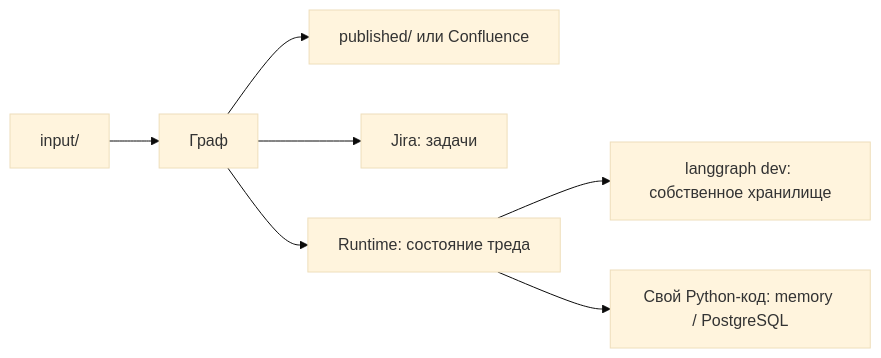
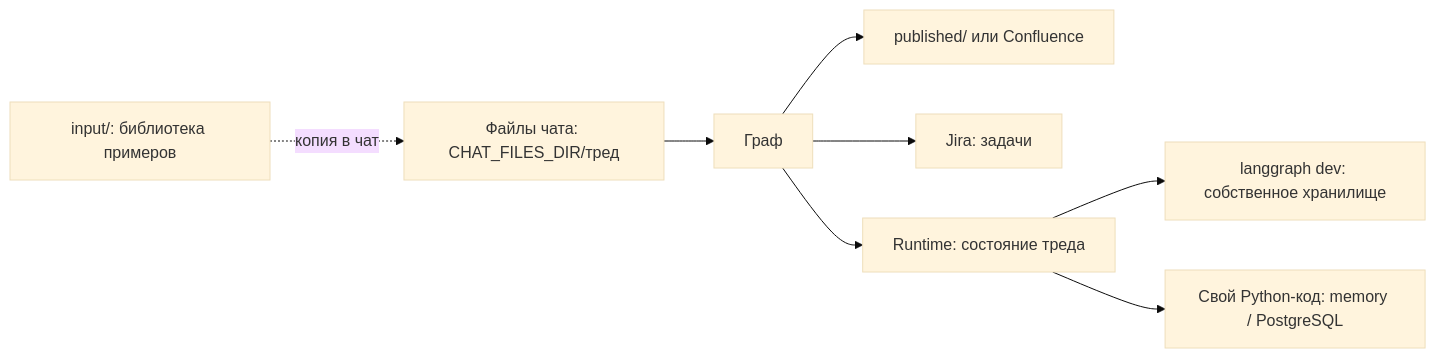
The fourth of 4 diagrams in docs/ARCHITECTURE.md (IST0VE/orbita-agent), drawn with Mermaid (base theme) before and after one commit. The commit also changed other lines of this file and 83 other files, not shown here.

````diff
--- a/docs/ARCHITECTURE.md
+++ b/docs/ARCHITECTURE.md
@@ -118,9 +118,10 @@
 ```mermaid
 flowchart LR
-    I["input/"] --> G["Граф"]
+    C["Файлы чата: CHAT_FILES_DIR/тред"] --> G["Граф"]
+    I["input/: библиотека примеров"] -. "копия в чат" .-> C
     G --> P["published/ или Confluence"]
     G --> J["Jira: задачи"]
     G --> R["Runtime: состояние треда"]
     R --> D["langgraph dev: собственное хранилище"]
     R --> S["Свой Python-код: memory / PostgreSQL"]
 ```
````
